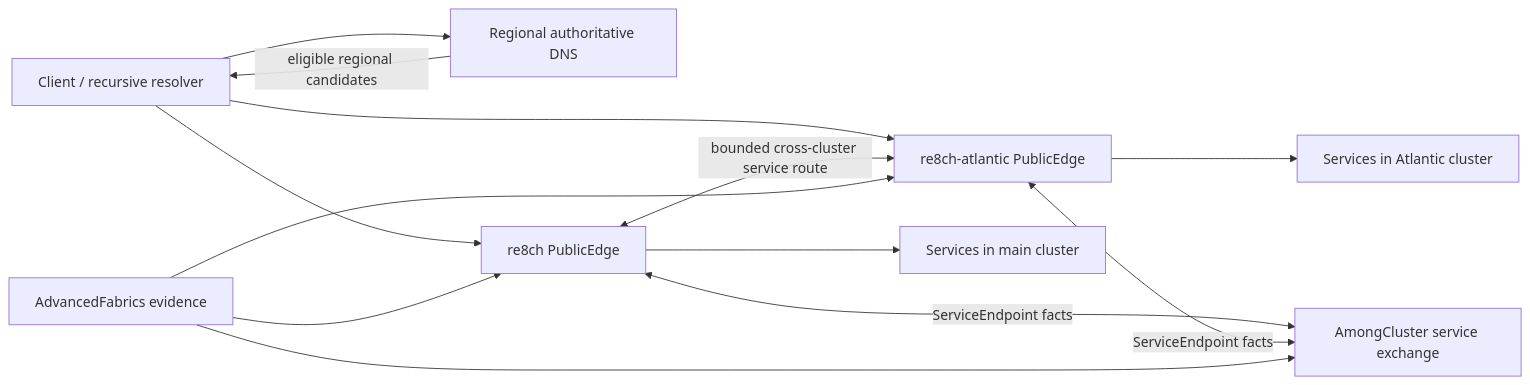
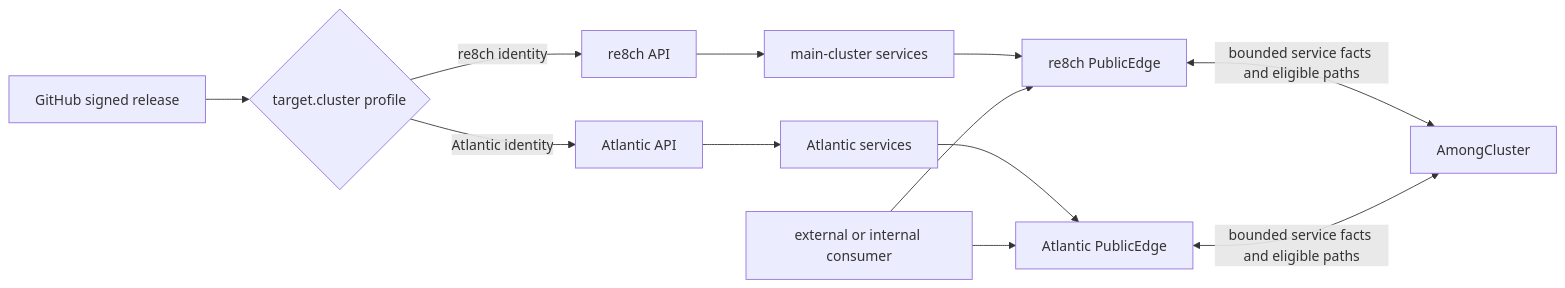
One commit to re8ch/service-backend changed the diagram in operations/network/docs/publicedge-amongcluster-federated-architecture.md. Above: the diagram before and after it, drawn with Mermaid. The commit also changed other lines of this file and 68 other files, not shown here.

````diff
--- a/operations/network/docs/publicedge-amongcluster-federated-architecture.md
+++ b/operations/network/docs/publicedge-amongcluster-federated-architecture.md
@@ -13,24 +5,14 @@
 ```mermaid
 flowchart LR
-    Client[Client / recursive resolver]
-    DNS[Regional authoritative DNS]
-    CNPE[re8ch PublicEdge]
-    ATLPE[re8ch-atlantic PublicEdge]
-    CNSvc[Services in main cluster]
-    ATLSvc[Services in Atlantic cluster]
-    AC[AmongCluster service exchange]
-    AF[AdvancedFabrics evidence]
-
-    Client --> DNS
-    DNS -->|eligible regional candidates| Client
-    Client --> CNPE
-    Client --> ATLPE
-    CNPE --> CNSvc
-    ATLPE --> ATLSvc
-    CNPE <-->|bounded cross-cluster service route| ATLPE
-    CNPE <-->|ServiceEndpoint facts| AC
-    ATLPE <-->|ServiceEndpoint facts| AC
-    AF --> AC
-    AF --> CNPE
-    AF --> ATLPE
+    GH[GitHub signed release] --> P{target.cluster profile}
+    P -->|re8ch identity| CNAPI[re8ch API]
+    P -->|Atlantic identity| ATLAPI[Atlantic API]
+    CNAPI --> CNSVC[main-cluster services]
+    ATLAPI --> ATLSVC[Atlantic services]
+    CNSVC --> CNEDGE[re8ch PublicEdge]
+    ATLSVC --> ATLEDGE[Atlantic PublicEdge]
+    CNEDGE <-->|bounded service facts and eligible paths| AC[AmongCluster]
+    ATLEDGE <-->|bounded service facts and eligible paths| AC
+    Client[external or internal consumer] --> CNEDGE
+    Client --> ATLEDGE
 ```
````
